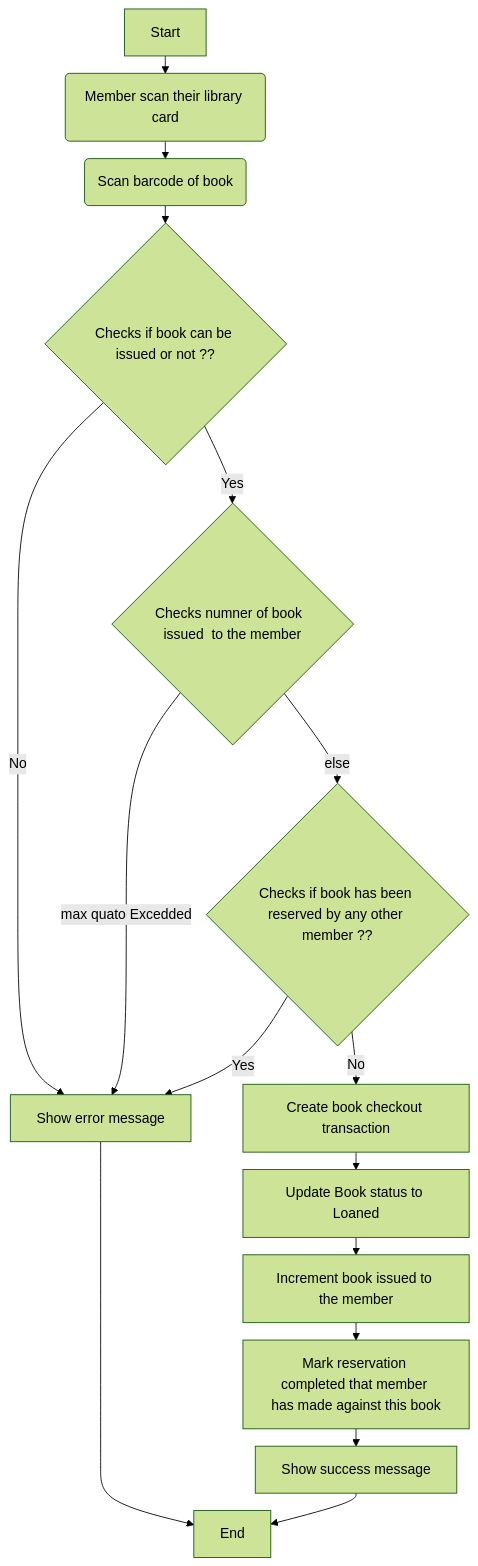
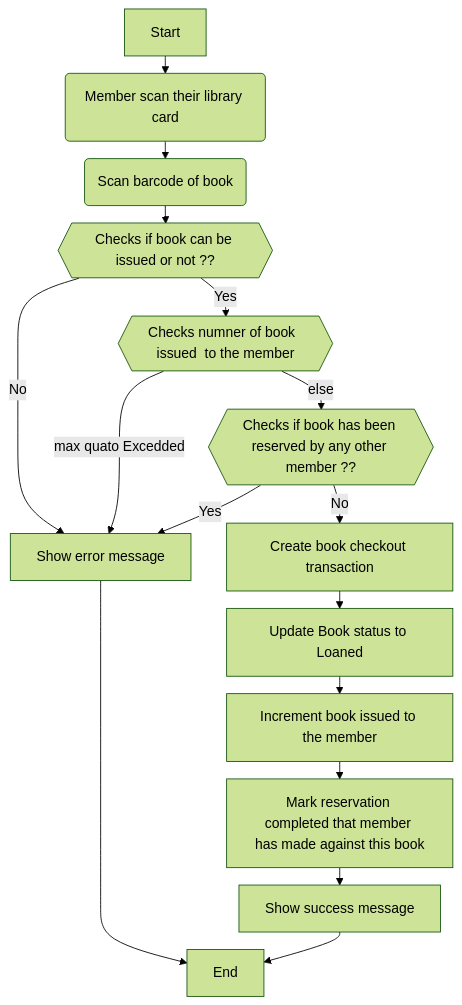
One commit to piyushmani/grokking-the-object-oriented-design-interview changed the diagram in Library Management System/readme.md. Above: the diagram before and after it, drawn with Mermaid. The commit also changed other lines of this file, not shown here.

````diff
--- a/Library Management System/readme.md
+++ b/Library Management System/readme.md
@@ -41,25 +44,25 @@
 ```mermaid
-%%{init: { "theme": "forest","flowchart": {"nodeSpacing":10, "rankSpacing":20,"curve": "basic","useMaxWidth":false}} }%%
+%%{init: { "theme": "forest","flowchart": {"nodeSpacing":10, "rankSpacing":20,"curve": "basic","useMaxWidth":true}} }%%
 flowchart TD
     A[Start] --> B
     B(Member scan their library card) --> C
     C(Scan barcode of book) --> D
-    D{Checks if book can be issued or not ??}
-    E{ Checks numner of book  issued  to the member}
-    F{Checks if book has been reserved by any other member ??}
+    D{{Checks if book can be issued or not ??}}
+    E{{ Checks numner of book  issued  to the member}}
+    F{{Checks if book has been reserved by any other member ??}}
     G[Create book checkout transaction]
     H[Update Book status to Loaned]
     I[Increment book issued to the member]
     J[Mark reservation completed that member has made against this book]
     K[Show success message]
     D -->|No| Y 
     D -->|Yes| E
     E -->|max quato Excedded|Y 
     E -->|else| F
     F -->|Yes | Y 
     F -->|No| G -->H -->I -->J -->K-->Z
     Y[Show error message]
     Z[End]
     Y -->Z
       
 ```
````
